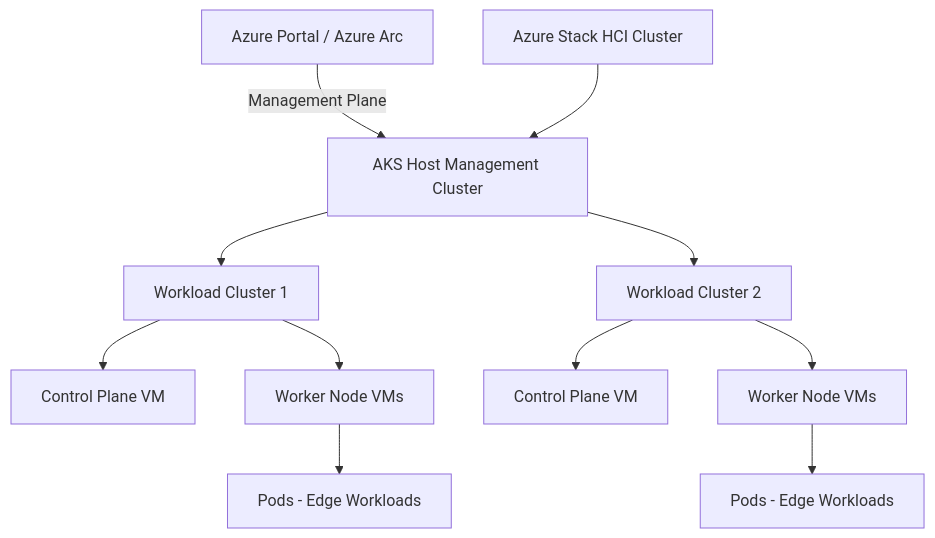
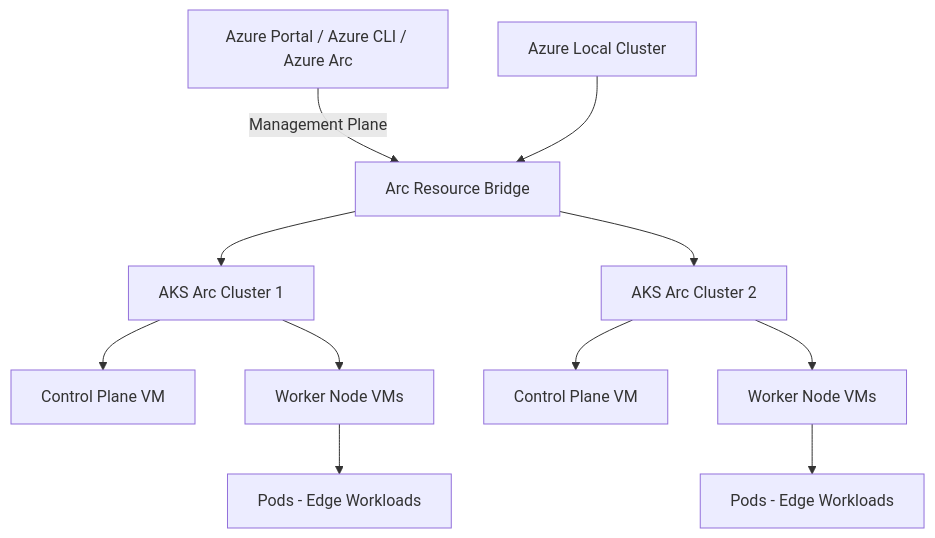
Before and after one commit to OneUptime/blog: the diagram in posts/2026-02-16-how-to-run-azure-kubernetes-service-on-azure-stack-hci-for-edge-workloads/README.md, drawn with Mermaid. The commit also changed other lines of this file and 2 other files, not shown here.

Commit message:
validate: 2026-02-16-how-to-run-azure-kubernetes-service-on-azure-stack-hci-for-edge-workloads

````diff
--- a/posts/2026-02-16-how-to-run-azure-kubernetes-service-on-azure-stack-hci-for-edge-workloads/README.md
+++ b/posts/2026-02-16-how-to-run-azure-kubernetes-service-on-azure-stack-hci-for-edge-workloads/README.md
@@ -19,13 +19,13 @@
 ```mermaid
 graph TD
-    A[Azure Portal / Azure Arc] -->|Management Plane| B[AKS Host Management Cluster]
-    B --> C[Workload Cluster 1]
-    B --> D[Workload Cluster 2]
+    A[Azure Portal / Azure CLI / Azure Arc] -->|Management Plane| B[Arc Resource Bridge]
+    B --> C[AKS Arc Cluster 1]
+    B --> D[AKS Arc Cluster 2]
     C --> E[Control Plane VM]
     C --> F[Worker Node VMs]
     D --> G[Control Plane VM]
     D --> H[Worker Node VMs]
     F --> I[Pods - Edge Workloads]
     H --> J[Pods - Edge Workloads]
-    K[Azure Stack HCI Cluster] --> B
+    K[Azure Local Cluster] --> B
 ```
````
